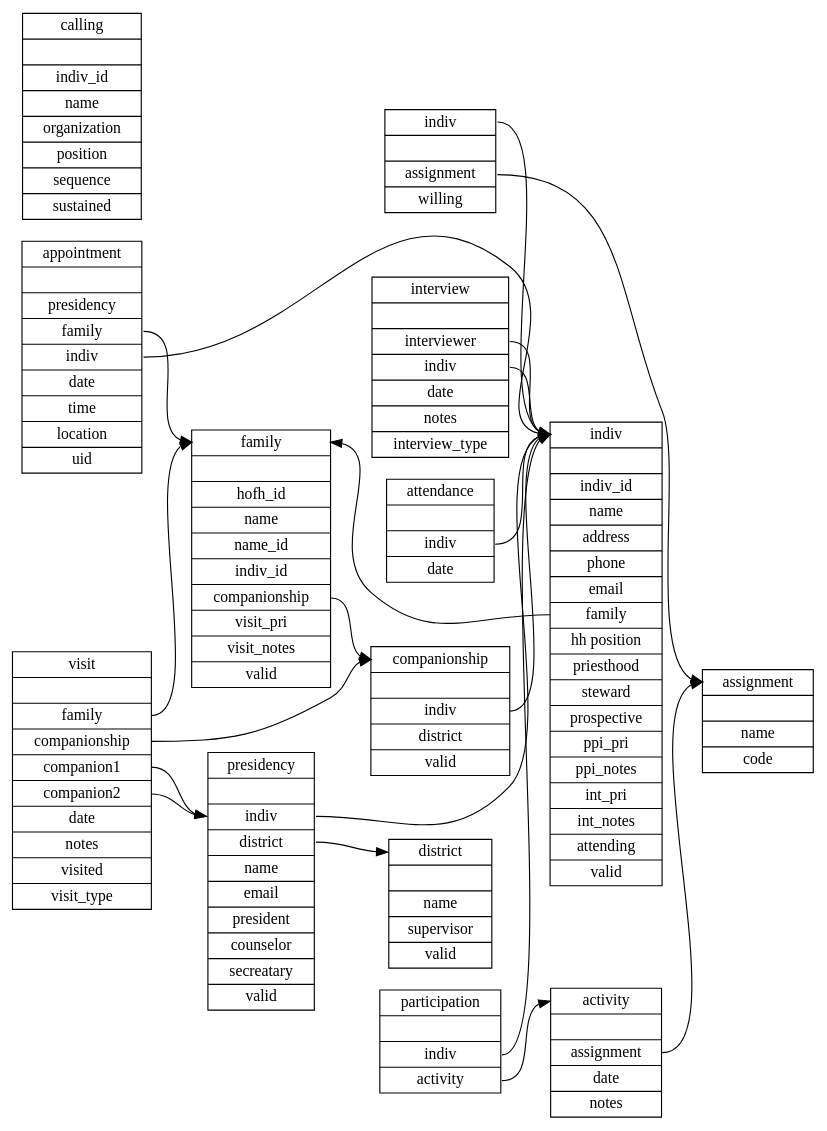
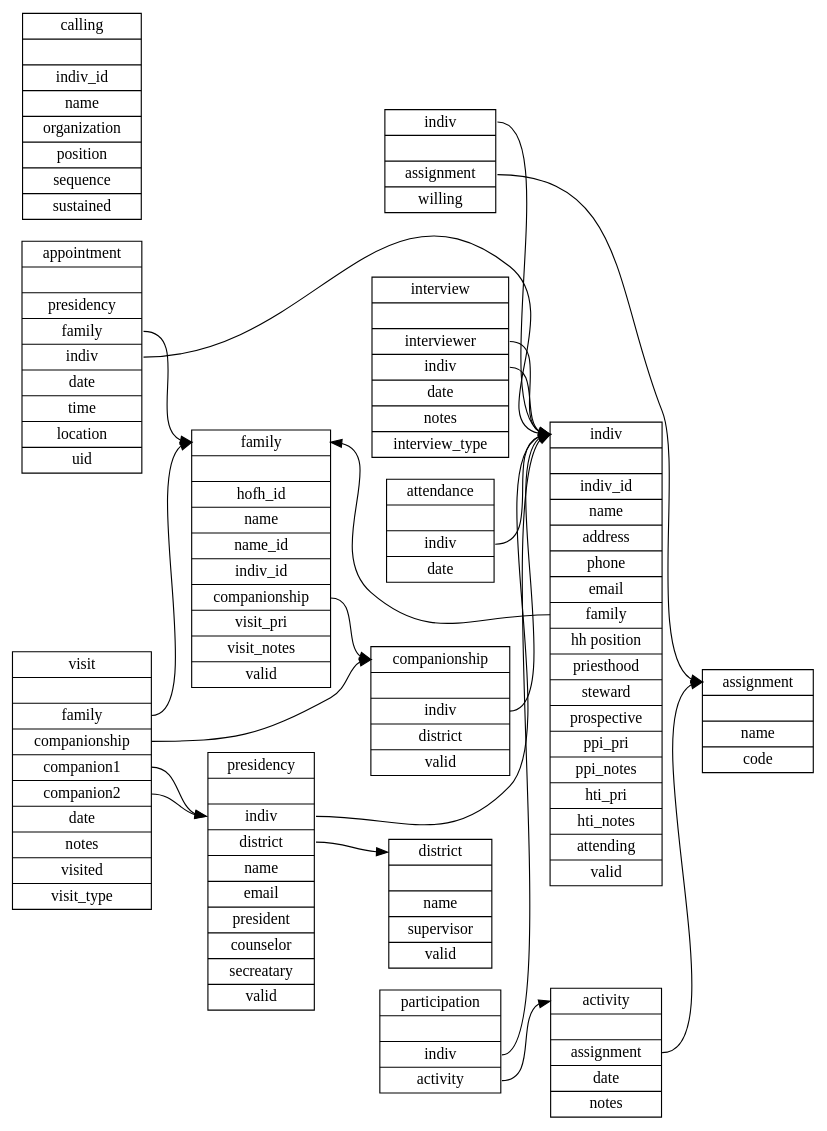
The diagram in sql/schema.dot (apippin/tc), drawn with Graphviz before and after one commit. The commit also changed 5 other files, not shown here.

Commit message:
changed int_notes to hti_notes and int_pri to hti_pri in the tc_indiv table

```diff
--- a/sql/schema.dot
+++ b/sql/schema.dot
@@ -1,90 +1,90 @@
 digraph schema {
   graph [
     rankdir = "LR"
   ];
   family   [
     label = "<f> family||<i> hofh_id|<n> name|<ni> name_id|<i> indiv_id|<c> companionship|<vp> visit_pri|<vn> visit_notes|<v> valid"
     shape = "record"
   ];
   indiv   [
-    label = "<i> indiv||<id> indiv_id|<n> name|<a> address|<p> phone|<em> email|<f> family|<hh> hh position|<po> priesthood|<st> steward|<pr> prospective|<pp> ppi_pri|<t> ppi_notes|<ip> int_pri|<in> int_notes|<a> attending|<v> valid"
+    label = "<i> indiv||<id> indiv_id|<n> name|<a> address|<p> phone|<em> email|<f> family|<hh> hh position|<po> priesthood|<st> steward|<pr> prospective|<pp> ppi_pri|<t> ppi_notes|<hp> hti_pri|<hn> hti_notes|<a> attending|<v> valid"
     shape = "record"
   ];
   companionship   [
     label = "<c> companionship||<i> indiv|<d> district|<v> valid"
     shape = "record"
   ];
   visit   [
     label = "<v> visit||<f> family|<c> companionship|<c1> companion1|<c2> companion2|<t> date|<n> notes|<v> visited|<vt> visit_type"
     shape = "record"
   ];
   interview   [
     label = "<in> interview||<i> interviewer|<il> indiv|<t> date|<n> notes|<it> interview_type"
     shape = "record"
   ];
   activity   [
     label = "<a> activity||<s> assignment|<t> date|<n> notes"
     shape = "record"
   ];
   participation   [
     label = "participation||<i> indiv|<a> activity"
     shape = "record"
   ];
   attendance   [
     label = "attendance||<i> indiv|<d> date"
     shape = "record"
   ];
   appointment   [
     label = "<a> appointment||<p> presidency|<f> family|<i> indiv |<d> date|<t> time|<l> location|<u> uid"
     shape = "record"
   ];
   assignment    [
     label = "<a> assignment||<n> name|<c> code"
     shape = "record"
   ];
   calling       [
     label = "calling||<i> indiv_id|<n> name|<o> organization|<p> position|<s> sequence|<t> sustained"
     shape = "record"
   ];
   district      [
     label = "<d> district||<n> name|<s> supervisor|<v> valid"
     shape = "record"
   ];
   presidency    [
     label = "<p> presidency||<i> indiv|<d> district|<n> name|<em> email|<pr> president|<cn> counselor|<sec> secreatary|<v> valid"
     shape = "record"
   ];
   willingness   [
     label = "<i> indiv||<a> assignment|<w> willing"
     shape = "record"
   ];
 
   family:c        -> companionship:c
   companionship:i -> indiv:i
 
   appointment:i   -> indiv:i
   appointment:f   -> family:f
 
   interview:il    -> indiv:i
   interview:i     -> indiv:i
 
   presidency:i    -> indiv:i
   presidency:d    -> district:d
 
   willingness:i   -> indiv:i
   willingness:a   -> assignment:a
 
   activity:s      -> assignment:a
 
   visit:c         -> companionship:c
   visit:f         -> family:f
   visit:c1        -> presidency:i
   visit:c2        -> presidency:i
 
   participation:i -> indiv:i
   participation:a -> activity:a
 
   attendance:i    -> indiv:i
 
   indiv:f        -> family:f
 }
```
